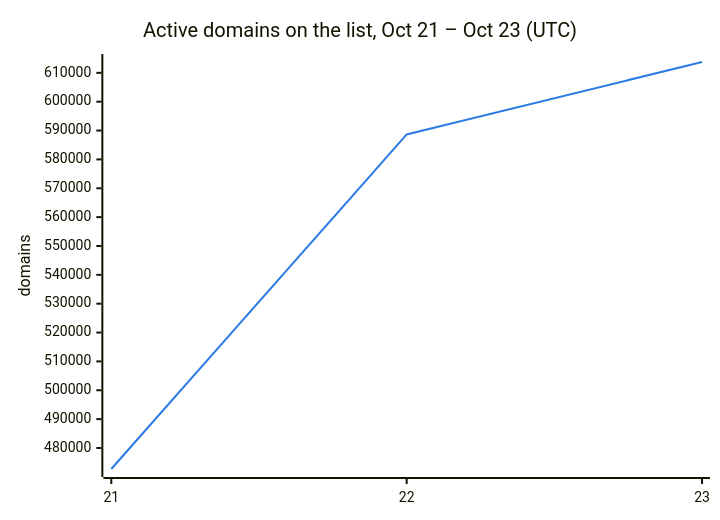
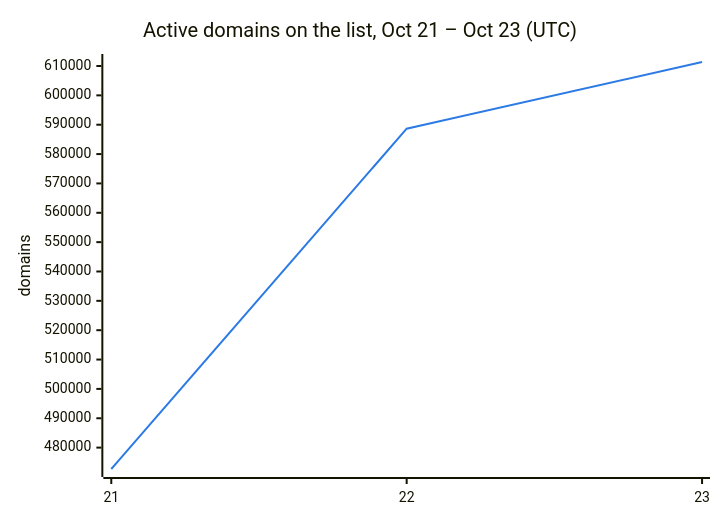
Before and after one commit to DNSBunker/CTI: the second of 3 diagrams in README.md, drawn with Mermaid. The commit also changed other lines of this file and 3 other files, not shown here.

````diff
--- a/README.md
+++ b/README.md
@@ -38,8 +38,8 @@
 ```mermaid
 %%{init: {"themeVariables": {"xyChart": {"plotColorPalette": "#2c7be5"}}}}%%
 xychart-beta
     title "Active domains on the list, Oct 21 – Oct 23 (UTC)"
     x-axis ["21", "22", "23"]
     y-axis "domains"
-    line [472713, 588659, 613756]
+    line [472713, 588659, 611369]
 ```
````
